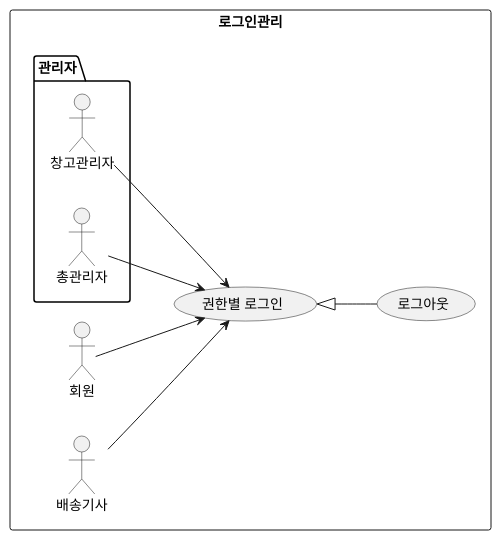
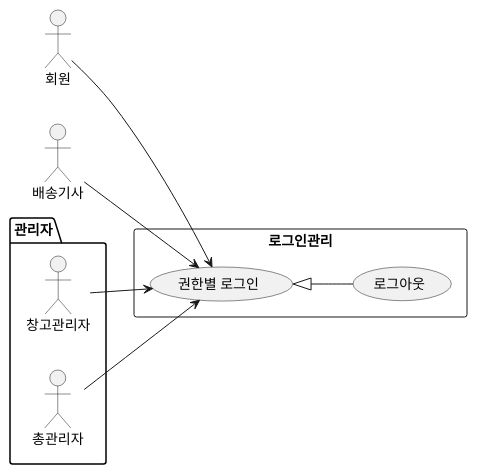
Before and after one commit to shin-heewon/java-advance: the diagram in src/first_team_project/use_case/Log_in.puml, drawn with PlantUML. The commit also changed 7 other files, not shown here.

```diff
--- a/src/first_team_project/use_case/Log_in.puml
+++ b/src/first_team_project/use_case/Log_in.puml
@@ -3,19 +3,20 @@
 @startuml
-rectangle "로그인관리"{
+
 left to right direction
 package "관리자"{
 actor "창고관리자" as wh_manager
 actor "총관리자" as admin
 }
 actor "회원" as user
 actor "배송기사" as delivery
 
+rectangle "로그인관리"{
 user-->(권한별 로그인)
 wh_manager-->(권한별 로그인)
 admin-->(권한별 로그인)
 delivery-->(권한별 로그인)
 
 (권한별 로그인)<|--(로그아웃)
 
 }
 @enduml
```
